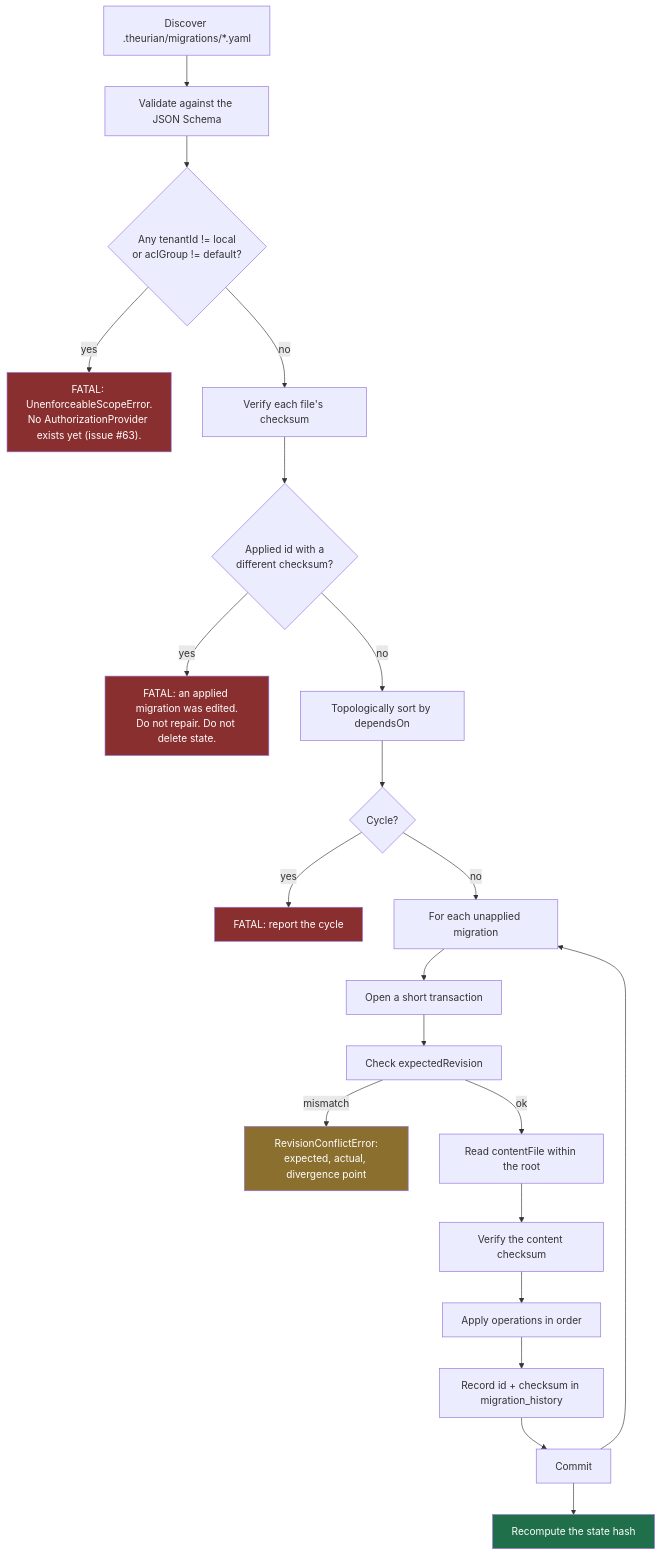
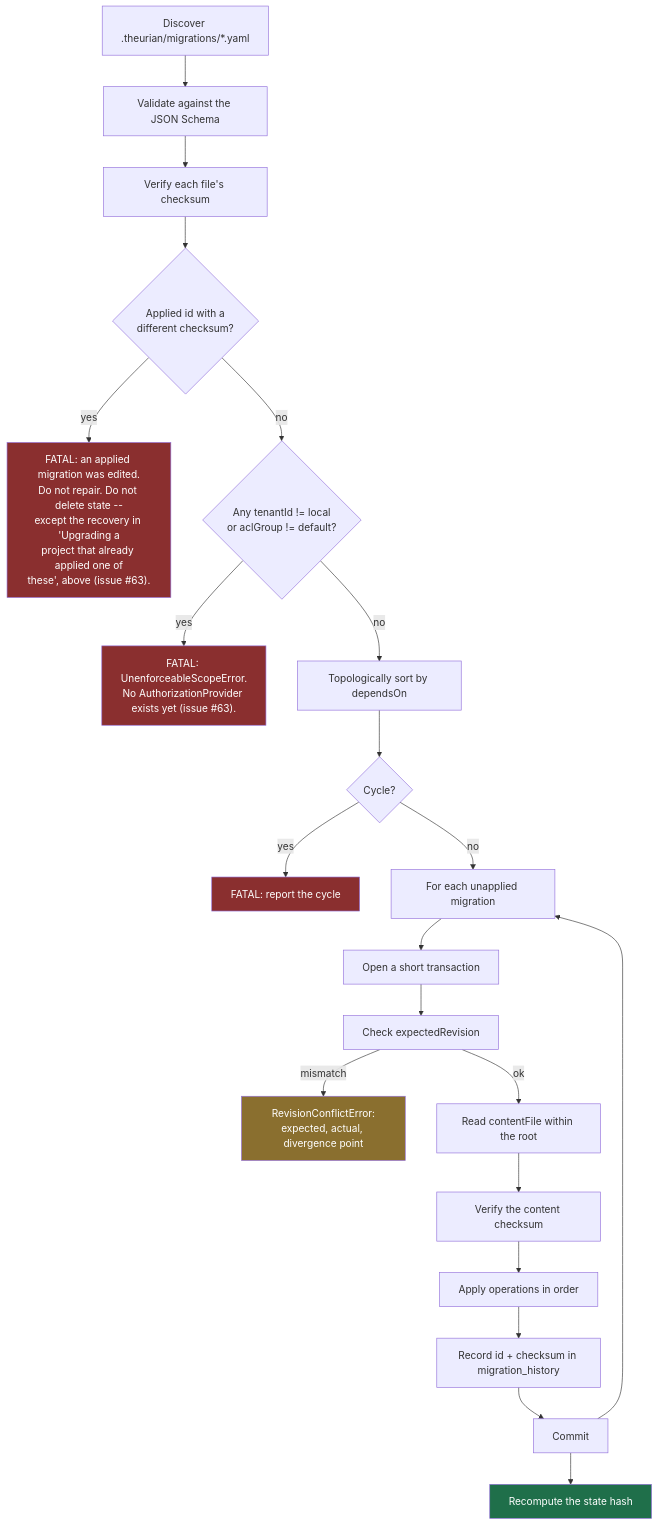
One commit to theurian/theurian changed the diagram in docs/protocol/migrations.md. Above: the diagram before and after it, drawn with Mermaid. The commit also changed other lines of this file and 2 other files, not shown here.

````diff
--- a/docs/protocol/migrations.md
+++ b/docs/protocol/migrations.md
@@ -171,29 +219,29 @@
 ```mermaid
 flowchart TD
     A["Discover .theurian/migrations/*.yaml"] --> B["Validate against the JSON Schema"]
-    B --> S{"Any tenantId != local<br/>or aclGroup != default?"}
+    B --> C["Verify each file's checksum"]
+    C --> D{"Applied id with a<br/>different checksum?"}
+    D -->|yes| E["FATAL: an applied migration was edited.<br/>Do not repair. Do not delete state --<br/>except the recovery in 'Upgrading a<br/>project that already applied one of<br/>these', above (issue #63)."]
+    D -->|no| S{"Any tenantId != local<br/>or aclGroup != default?"}
     S -->|yes| T["FATAL: UnenforceableScopeError.<br/>No AuthorizationProvider exists yet (issue #63)."]
-    S -->|no| C["Verify each file's checksum"]
-    C --> D{"Applied id with a<br/>different checksum?"}
-    D -->|yes| E["FATAL: an applied migration was edited.<br/>Do not repair. Do not delete state."]
-    D -->|no| F["Topologically sort by dependsOn"]
+    S -->|no| F["Topologically sort by dependsOn"]
     F --> G{"Cycle?"}
     G -->|yes| H["FATAL: report the cycle"]
     G -->|no| I["For each unapplied migration"]
     I --> J["Open a short transaction"]
     J --> K["Check expectedRevision"]
     K -->|mismatch| L["RevisionConflictError:<br/>expected, actual, divergence point"]
     K -->|ok| M["Read contentFile within the root"]
     M --> N["Verify the content checksum"]
     N --> O["Apply operations in order"]
     O --> P["Record id + checksum in migration_history"]
     P --> Q["Commit"]
     Q --> I
     Q --> R["Recompute the state hash"]
 
     style E fill:#8a2f2f,color:#fff
     style H fill:#8a2f2f,color:#fff
     style T fill:#8a2f2f,color:#fff
     style L fill:#8a6f2f,color:#fff
     style R fill:#1f6f4a,color:#fff
 ```
````
